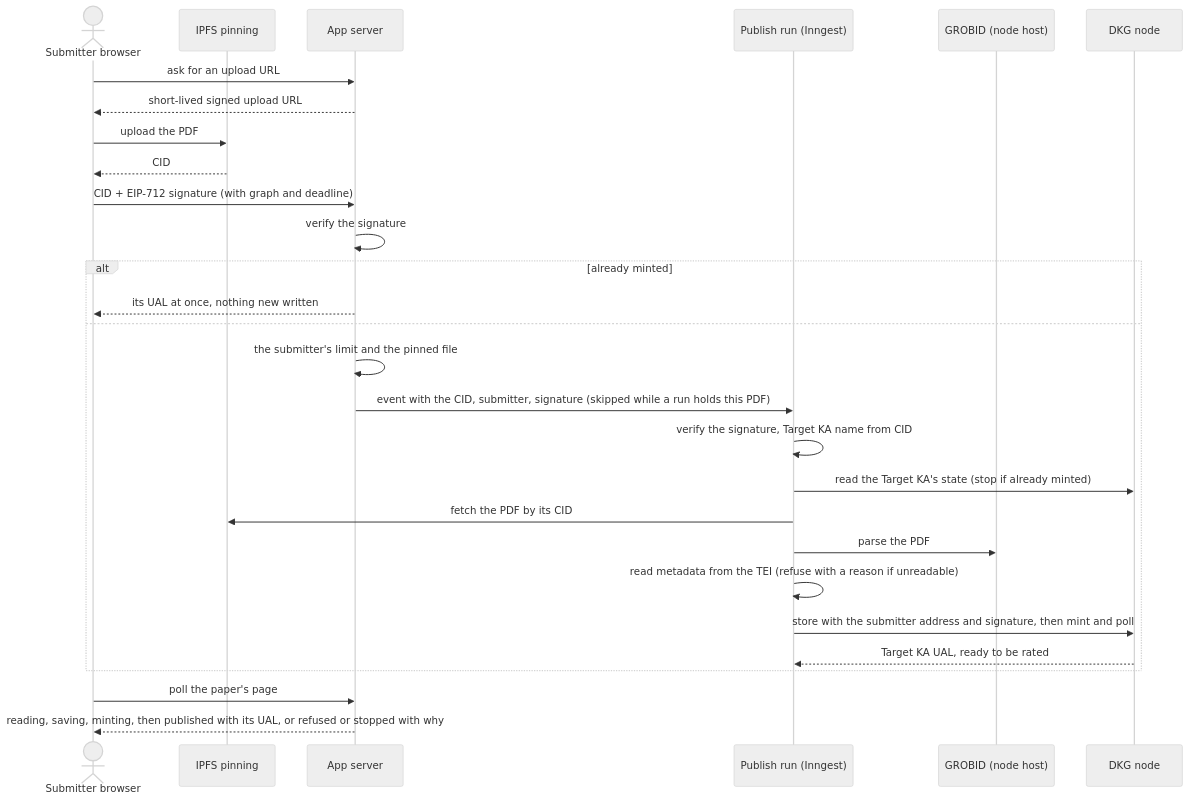
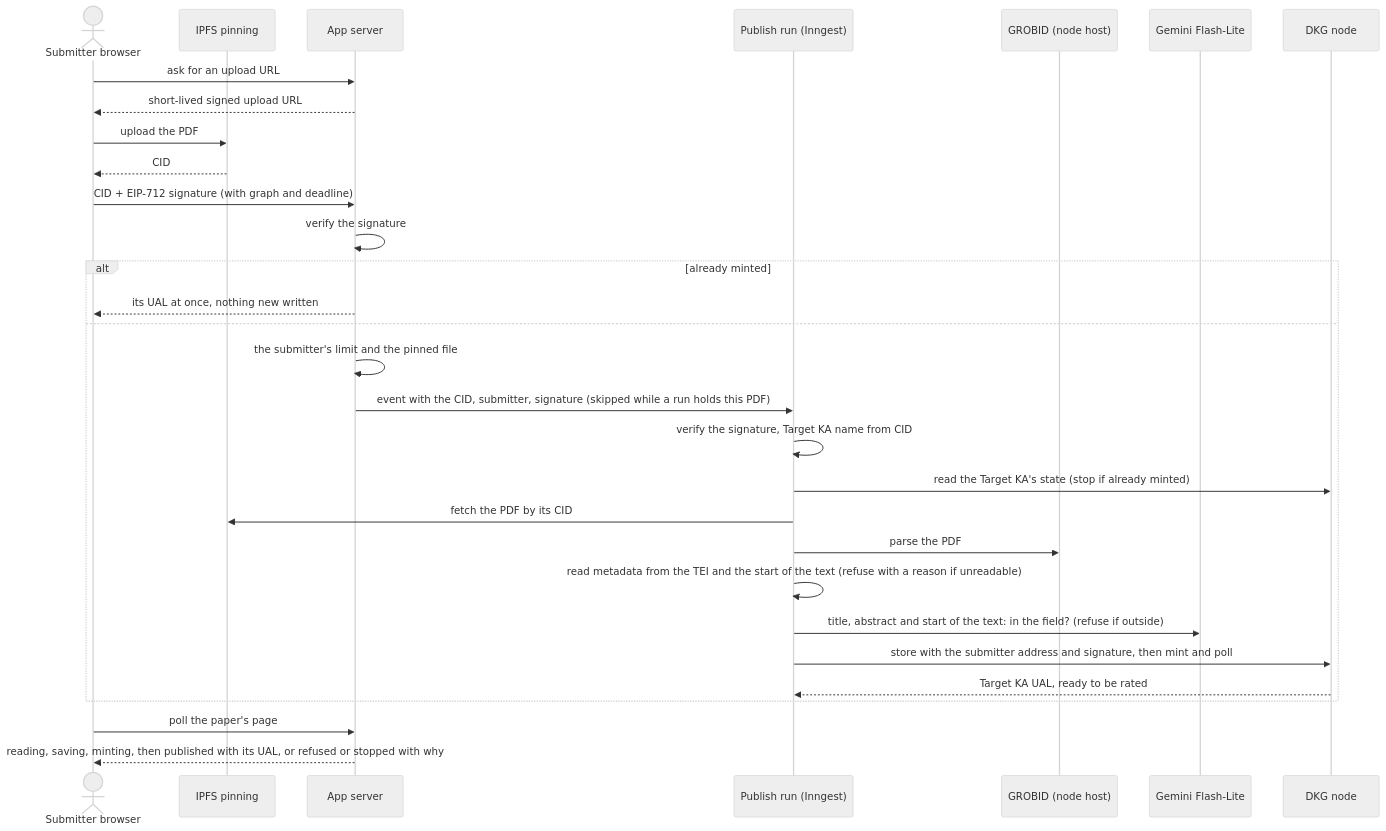
The second of 3 diagrams in README.md (SiegfriedBz/labstrail), drawn with Mermaid (neutral theme) before and after one commit. The commit also changed other lines of this file and 130 other files, not shown here.

First line of the commit message:
feat: refuse papers outside the life sciences and apply the clinical look (#31)

````diff
--- a/README.md
+++ b/README.md
@@ -150,30 +153,32 @@
 ```mermaid
 sequenceDiagram
   actor U as Submitter browser
   participant P as IPFS pinning
   participant A as App server
   participant R as Publish run (Inngest)
   participant G as GROBID (node host)
+  participant M as Gemini Flash-Lite
   participant N as DKG node
   U->>A: ask for an upload URL
   A-->>U: short-lived signed upload URL
   U->>P: upload the PDF
   P-->>U: CID
   U->>A: CID + EIP-712 signature (with graph and deadline)
   A->>A: verify the signature
   alt already minted
     A-->>U: its UAL at once, nothing new written
   else
     A->>A: the submitter's limit and the pinned file
     A->>R: event with the CID, submitter, signature (skipped while a run holds this PDF)
     R->>R: verify the signature, Target KA name from CID
     R->>N: read the Target KA's state (stop if already minted)
     R->>P: fetch the PDF by its CID
     R->>G: parse the PDF
-    R->>R: read metadata from the TEI (refuse with a reason if unreadable)
+    R->>R: read metadata from the TEI and the start of the text (refuse with a reason if unreadable)
+    R->>M: title, abstract and start of the text: in the field? (refuse if outside)
     R->>N: store with the submitter address and signature, then mint and poll
     N-->>R: Target KA UAL, ready to be rated
   end
   U->>A: poll the paper's page
   A-->>U: reading, saving, minting, then published with its UAL, or refused or stopped with why
 ```
````
